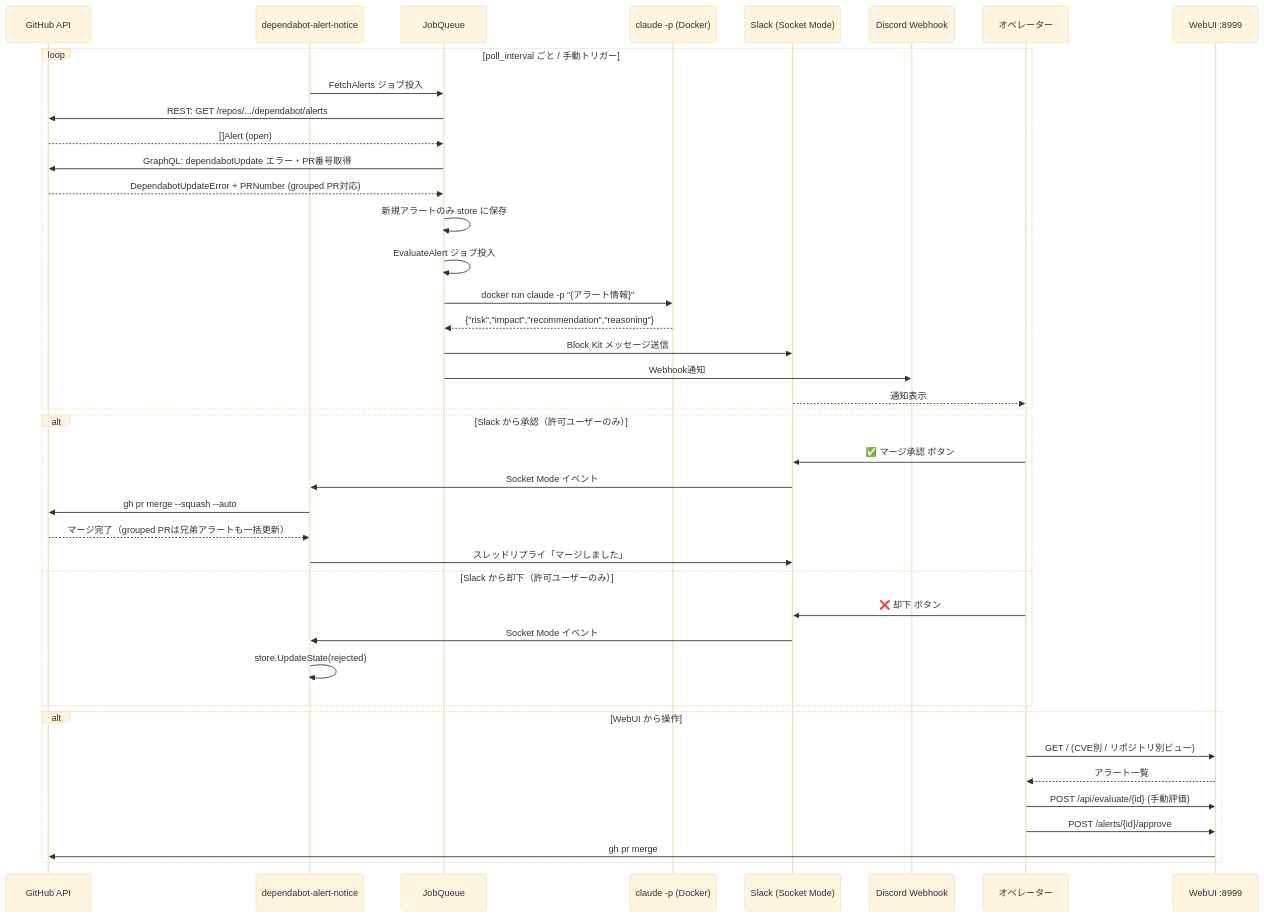
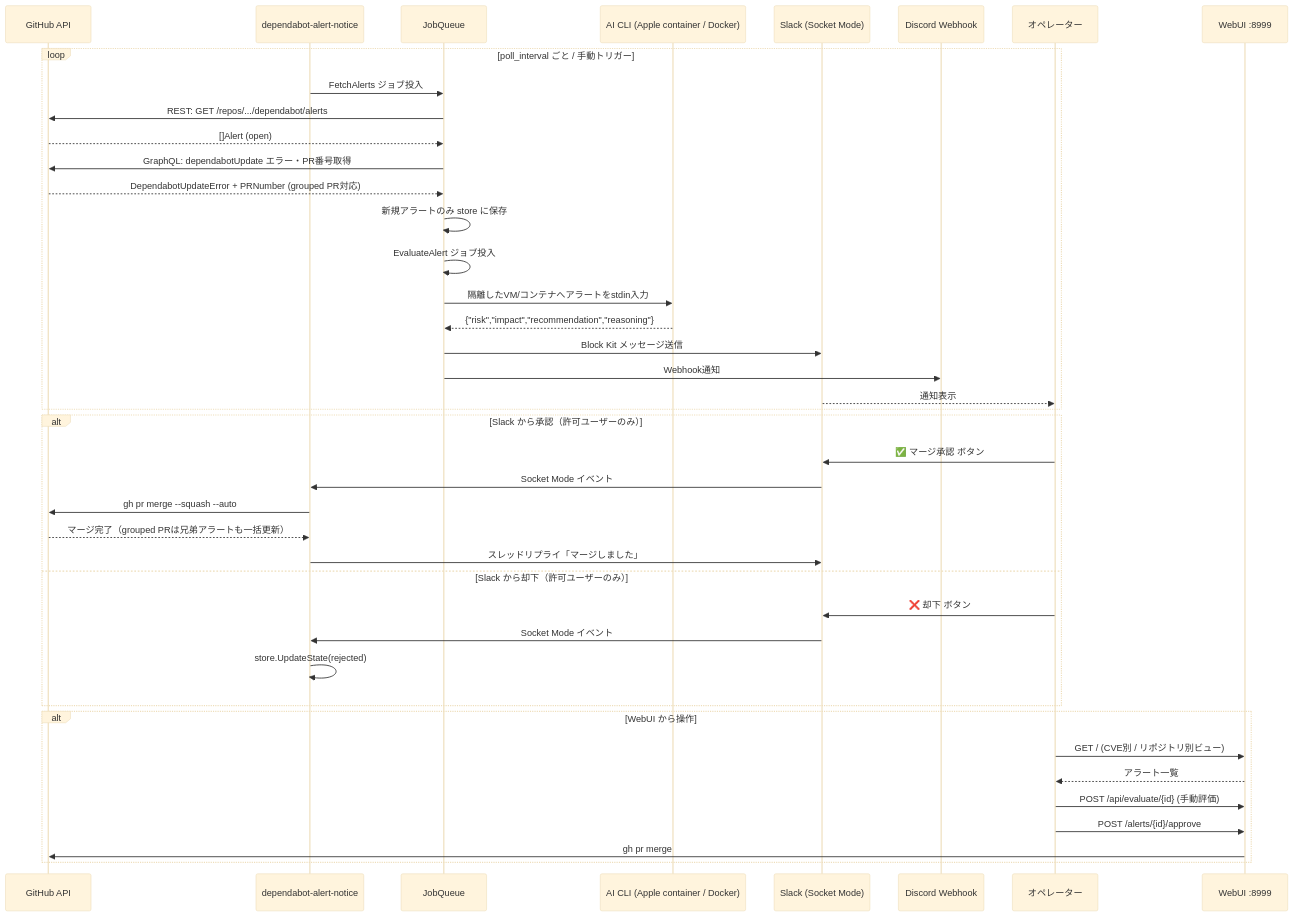
Before and after one commit to g-kari/dependabot-alert-notice: the first of 5 diagrams in README.md, drawn with Mermaid (base theme). The commit also changed other lines of this file and 203 other files, not shown here.

````diff
--- a/README.md
+++ b/README.md
@@ -7,48 +178,48 @@
 ```mermaid
 sequenceDiagram
     participant GH as GitHub API
     participant App as dependabot-alert-notice
     participant Queue as JobQueue
-    participant Claude as claude -p (Docker)
+    participant Claude as AI CLI (Apple container / Docker)
     participant Slack as Slack (Socket Mode)
     participant Discord as Discord Webhook
     participant User as オペレーター
     participant Web as WebUI :8999
 
     loop poll_interval ごと / 手動トリガー
         App->>Queue: FetchAlerts ジョブ投入
         Queue->>GH: REST: GET /repos/.../dependabot/alerts
         GH-->>Queue: []Alert (open)
         Queue->>GH: GraphQL: dependabotUpdate エラー・PR番号取得
         GH-->>Queue: DependabotUpdateError + PRNumber (grouped PR対応)
         Queue->>Queue: 新規アラートのみ store に保存
 
         Queue->>Queue: EvaluateAlert ジョブ投入
-        Queue->>Claude: docker run claude -p "{アラート情報}"
+        Queue->>Claude: 隔離したVM/コンテナへアラートをstdin入力
         Claude-->>Queue: {"risk","impact","recommendation","reasoning"}
 
         Queue->>Slack: Block Kit メッセージ送信
         Queue->>Discord: Webhook通知
         Slack-->>User: 通知表示
     end
 
     alt Slack から承認（許可ユーザーのみ）
         User->>Slack: ✅ マージ承認 ボタン
         Slack->>App: Socket Mode イベント
         App->>GH: gh pr merge --squash --auto
         GH-->>App: マージ完了（grouped PRは兄弟アラートも一括更新）
         App->>Slack: スレッドリプライ「マージしました」
     else Slack から却下（許可ユーザーのみ）
         User->>Slack: ❌ 却下 ボタン
         Slack->>App: Socket Mode イベント
         App->>App: store.UpdateState(rejected)
     end
 
     alt WebUI から操作
         User->>Web: GET / (CVE別 / リポジトリ別ビュー)
         Web-->>User: アラート一覧
         User->>Web: POST /api/evaluate/{id} (手動評価)
         User->>Web: POST /alerts/{id}/approve
         Web->>GH: gh pr merge
     end
 ```
````
